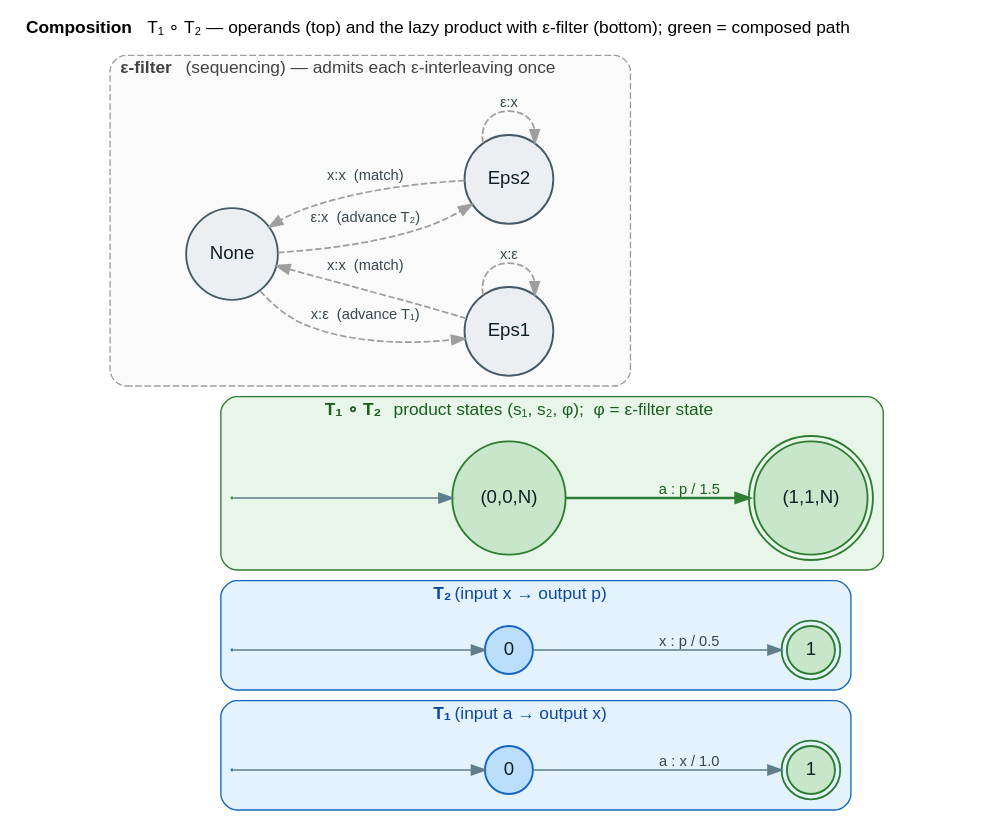
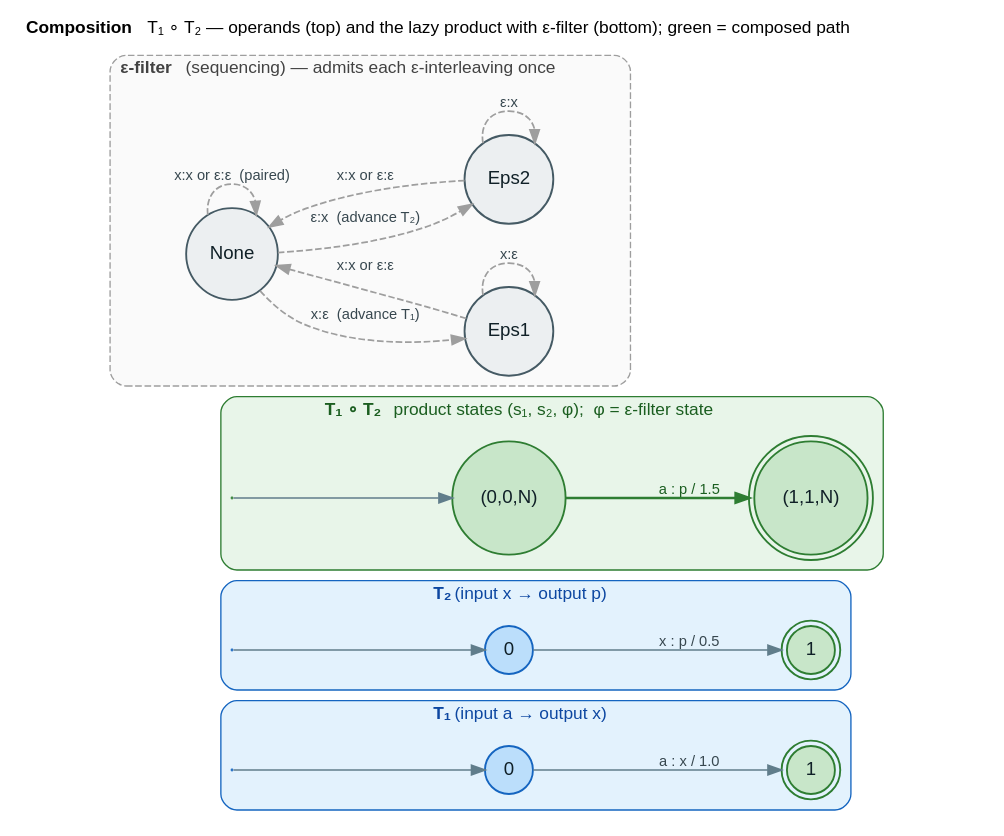
One commit to vinary-tree/lling-llang changed the diagram in docs/diagrams/algorithms/composition-product.dot. Above: the diagram before and after it, drawn with Graphviz. The commit also changed 5 other files, not shown here.

```diff
--- a/docs/diagrams/algorithms/composition-product.dot
+++ b/docs/diagrams/algorithms/composition-product.dot
@@ -1,69 +1,71 @@
 // composition-product.dot — the FST∘FST state-product construction with the
 // ε-filter. Top row = the two operand transducers (T₁ over a:x, T₂ over x:p);
 // bottom = the lazily-built product whose states are triples (s₁, s₂, φ) where
 // φ ∈ {None, Eps1, Eps2} is the ε-filter state (Mohri 2009). Green = the realised
-// composed path a:p; grey-dashed = ε moves that the filter sequences.
+// composed path a:p; grey-dashed = ε moves that the filter sequences,
+// including the canonical paired ε:ε move.
 //
 // SHARED DOT PREAMBLE (copy into every Graphviz automaton; palette = docs/diagrams/README.md):
 //   bg #FFFFFF · node fill #BBDEFB / border #1565C0 · text #102027 · edge #607D8B
 //   best/Viterbi #2E7D32 bold(penwidth=2) · alternative #B0BEC5 · epsilon #9E9E9E dashed
 //   final = doublecircle fill #C8E6C9 border #2E7D32 · start = arrow from invisible point
 //   algorithms-tier accent fill #C8E6C9 / border #2E7D32
 digraph composition_product {
   rankdir=LR;
   bgcolor="#FFFFFF";
   labelloc="t";
   fontname="Helvetica"; fontsize=13;
   label=<<b>Composition</b> T₁ ∘ T₂ — operands (top) and the lazy product with ε-filter (bottom); green = composed path>;
   node  [shape=circle, style=filled, fillcolor="#BBDEFB", color="#1565C0",
          fontcolor="#102027", fontname="Helvetica", penwidth=1.4, width=0.5];
   edge  [color="#607D8B", fontcolor="#37474F", fontname="Helvetica", fontsize=11, penwidth=1.3];
 
   // ── operand T₁ : a:x ──────────────────────────────────────────────
   subgraph cluster_t1 {
     label=<<b>T₁</b> (input a → output x)>; color="#1565C0"; fontcolor="#0D47A1"; style="rounded"; bgcolor="#E3F2FD";
     a0 [label="0"];
     a1 [label="1", shape=doublecircle, fillcolor="#C8E6C9", color="#2E7D32"];
     sa [shape=point, width=0.01, color="#1565C0"]; sa -> a0;
     a0 -> a1 [label="a : x / 1.0"];
   }
 
   // ── operand T₂ : x:p ──────────────────────────────────────────────
   subgraph cluster_t2 {
     label=<<b>T₂</b> (input x → output p)>; color="#1565C0"; fontcolor="#0D47A1"; style="rounded"; bgcolor="#E3F2FD";
     b0 [label="0"];
     b1 [label="1", shape=doublecircle, fillcolor="#C8E6C9", color="#2E7D32"];
     sb [shape=point, width=0.01, color="#1565C0"]; sb -> b0;
     b0 -> b1 [label="x : p / 0.5"];
   }
 
   // ── lazily-built product T₁ ∘ T₂ ──────────────────────────────────
   subgraph cluster_prod {
     label=<<b>T₁ ∘ T₂</b>  product states (s₁, s₂, φ);  φ = ε-filter state>;
     color="#2E7D32"; fontcolor="#1B5E20"; style="rounded"; bgcolor="#E8F5E9";
     node [fillcolor="#C8E6C9", color="#2E7D32"];
 
     p00 [label="(0,0,N)"];
     p11 [label="(1,1,N)", shape=doublecircle, color="#2E7D32"];
     sp  [shape=point, width=0.01, color="#2E7D32"]; sp -> p00;
 
     // matched move: T₁ emits x, T₂ consumes x → composed a:p, weight 1.0 ⊗ 0.5
     p00 -> p11 [label="a : p / 1.5", color="#2E7D32", fontcolor="#1B5E20", penwidth=2.0];
   }
 
   // ── ε-filter inset: the three filter states and their legal moves ──
   subgraph cluster_filter {
     label=<<b>ε-filter</b> (sequencing) — admits each ε-interleaving once>;
     color="#9E9E9E"; fontcolor="#424242"; style="rounded,dashed"; bgcolor="#FAFAFA";
     node [shape=circle, fillcolor="#ECEFF1", color="#455A64", width=0.5];
     fN [label="None"];
     f1 [label="Eps1"];
     f2 [label="Eps2"];
     fN -> f1 [label="x:ε  (advance T₁)", color="#9E9E9E", style=dashed];
     fN -> f2 [label="ε:x  (advance T₂)", color="#9E9E9E", style=dashed];
-    f1 -> fN [label="x:x  (match)", color="#9E9E9E", style=dashed];
-    f2 -> fN [label="x:x  (match)", color="#9E9E9E", style=dashed];
+    fN -> fN [label="x:x or ε:ε  (paired)", color="#9E9E9E", style=dashed];
+    f1 -> fN [label="x:x or ε:ε", color="#9E9E9E", style=dashed];
+    f2 -> fN [label="x:x or ε:ε", color="#9E9E9E", style=dashed];
     f1 -> f1 [label="x:ε", color="#9E9E9E", style=dashed];
     f2 -> f2 [label="ε:x", color="#9E9E9E", style=dashed];
   }
 }
```
